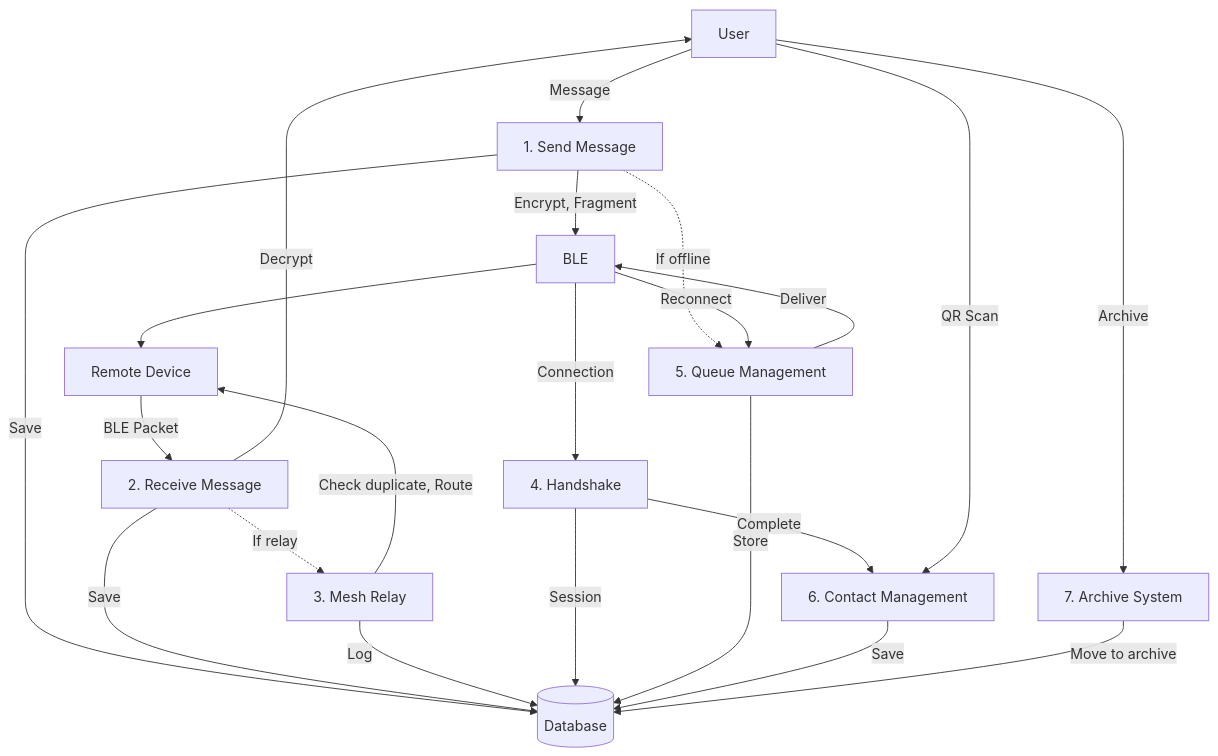
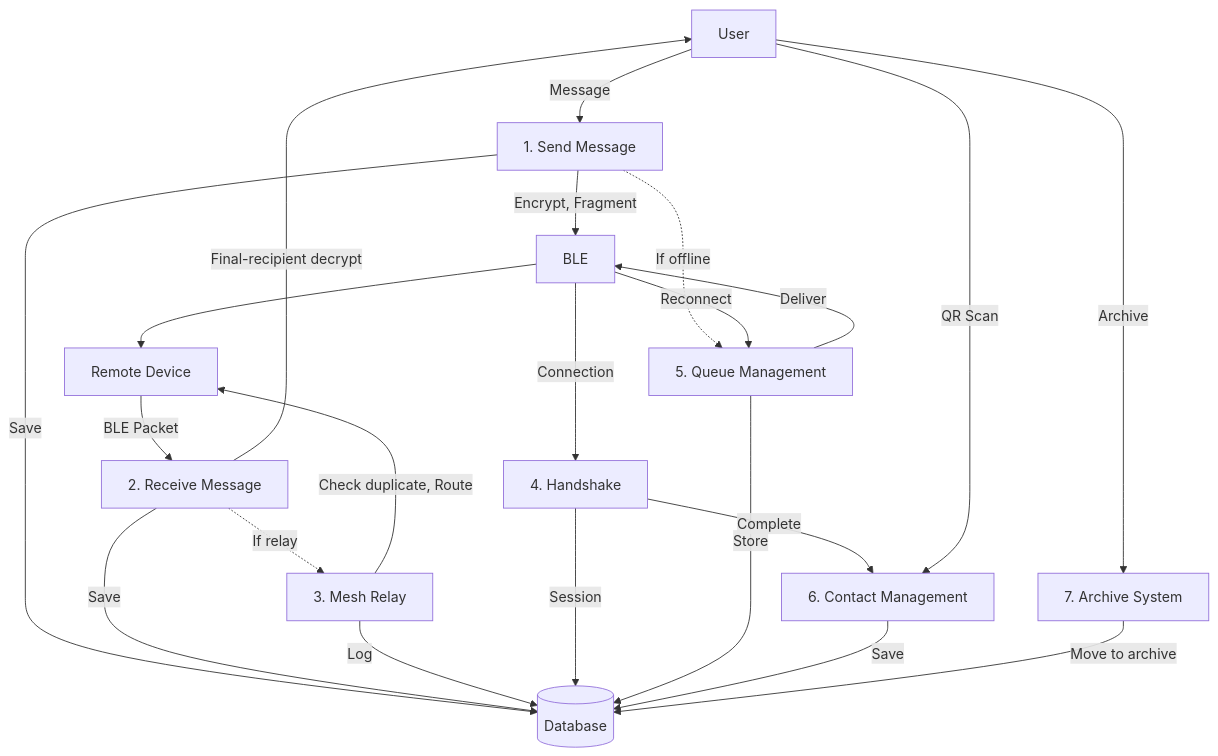
One commit to AbubakarMahmood1/pak_connect_final changed the third of 4 diagrams in docs/srs/08-architecture-component-dataflow.md. Above: the diagram before and after it, drawn with Mermaid. The commit also changed other lines of this file and 27 other files, not shown here.

````diff
--- a/docs/srs/08-architecture-component-dataflow.md
+++ b/docs/srs/08-architecture-component-dataflow.md
@@ -339,43 +341,43 @@
 ```mermaid
 flowchart TD
     User[User]
     DB[(Database)]
     BLE[BLE]
     Remote[Remote Device]
 
     P1[1. Send Message]
     P2[2. Receive Message]
     P3[3. Mesh Relay]
     P4[4. Handshake]
     P5[5. Queue Management]
     P6[6. Contact Management]
     P7[7. Archive System]
 
     User -->|Message| P1
     P1 -->|Encrypt, Fragment| BLE
     BLE --> Remote
     P1 -->|Save| DB
 
     Remote -->|BLE Packet| P2
-    P2 -->|Decrypt| User
+    P2 -->|Final-recipient decrypt| User
     P2 -->|Save| DB
     P2 -.->|If relay| P3
 
     P3 -->|Check duplicate, Route| Remote
     P3 -->|Log| DB
 
     BLE -->|Connection| P4
     P4 -->|Session| DB
     P4 -->|Complete| P6
 
     P1 -.->|If offline| P5
     P5 -->|Store| DB
     BLE -->|Reconnect| P5
     P5 -->|Deliver| BLE
 
     User -->|QR Scan| P6
     P6 -->|Save| DB
 
     User -->|Archive| P7
     P7 -->|Move to archive| DB
 ```
````
